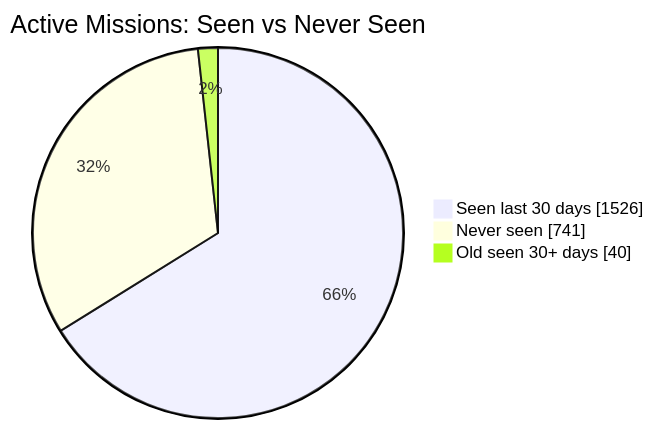
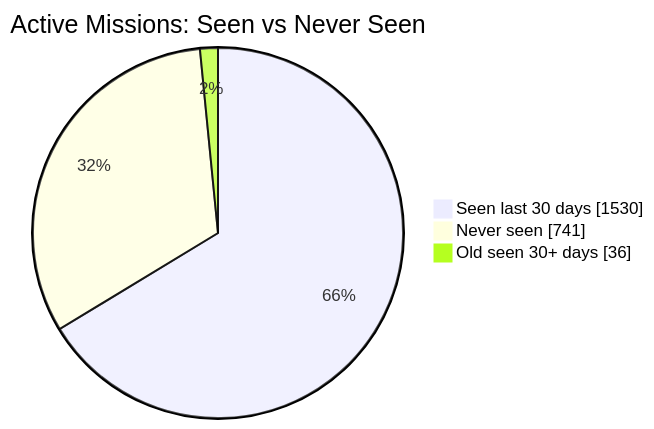
Before and after one commit to MeldkamerspelGameTeam/active-missions: the first of 2 diagrams in README.md, drawn with Mermaid. The commit also changed other lines of this file and 3 other files, not shown here.

````diff
--- a/README.md
+++ b/README.md
@@ -34,7 +34,7 @@
 ```mermaid
 pie showData
     title Active Missions: Seen vs Never Seen
-    "Seen last 30 days" : 1526
+    "Seen last 30 days" : 1530
     "Never seen" : 741
-    "Old seen 30+ days" : 40
+    "Old seen 30+ days" : 36
 ```
````
